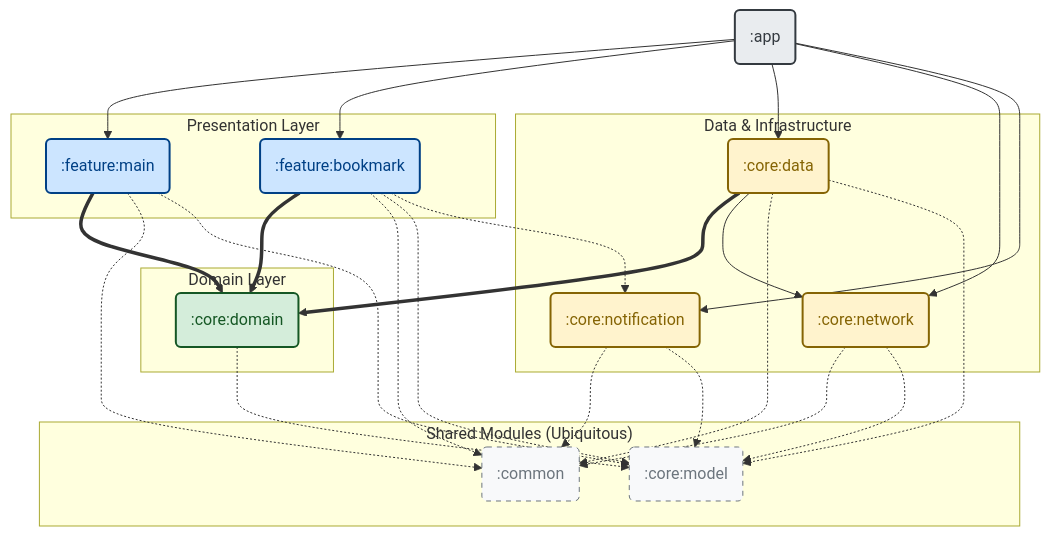
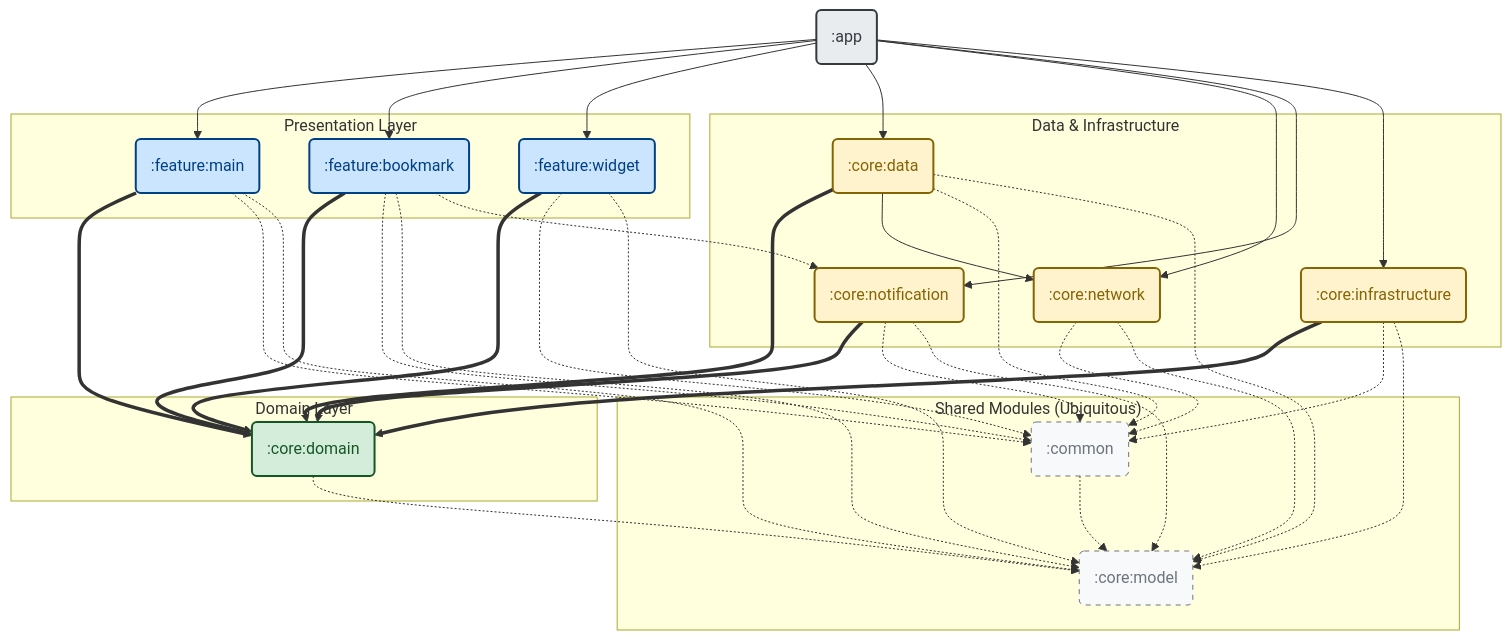
Before and after one commit to KNUTICE/KNUTICE-Android: the diagram in README-en.md, drawn with Mermaid. The commit also changed other lines of this file, not shown here.

````diff
--- a/README-en.md
+++ b/README-en.md
@@ -60,67 +60,77 @@
 ```mermaid
 graph TD
     %% --- Styling Definitions ---
     %% Green for Domain (The Heart)
     classDef domain fill:#d4edda,stroke:#155724,stroke-width:2px,color:#155724;
     %% Blue for Features
     classDef feature fill:#cce5ff,stroke:#004085,stroke-width:2px,color:#004085;
     %% Orange for Data/Network
     classDef data fill:#fff3cd,stroke:#856404,stroke-width:2px,color:#856404;
     %% Grey for Shared/Infrastructure (Low visual impact)
     classDef shared fill:#f8f9fa,stroke:#6c757d,stroke-width:1px,stroke-dasharray: 5 5,color:#6c757d;
     %% Standard App Root
     classDef app fill:#e9ecef,stroke:#343a40,stroke-width:2px,color:#343a40;
 
     %% --- Nodes ---
     App(":app"):::app
 
     subgraph Presentation ["Presentation Layer"]
         FeatMain(":feature:main"):::feature
         FeatBookmark(":feature:bookmark"):::feature
+        FeatWidget(":feature:widget"):::feature
     end
 
     subgraph Business ["Domain Layer"]
         %% The core is isolated
         Domain(":core:domain"):::domain
     end
     
     subgraph DataInfra ["Data & Infrastructure"]
         Data(":core:data"):::data
         Network(":core:network"):::data
         Notif(":core:notification"):::data
+        Infra(":core:infrastructure"):::data
     end
 
     subgraph SharedKernel ["Shared Modules (Ubiquitous)"]
         %% Placed at bottom to catch all downward arrows neatly
         Common(":common"):::shared
         Model(":core:model"):::shared
     end
 
     %% --- Critical Architecture Flows (Thick Lines) ---
-    %% These show the logic flow
+    %% These show the primary business logic and Dependency Inversion
     FeatMain ==> Domain
     FeatBookmark ==> Domain
+    FeatWidget ==> Domain
     Data ==> Domain
+    Notif ==> Domain
+    Infra ==> Domain
     
     %% --- Structural Wiring (Standard Lines) ---
     App --> FeatMain
     App --> FeatBookmark
+    App --> FeatWidget
     App --> Data
     App --> Network
     App --> Notif
+    App --> Infra
     
     %% Data internal wiring
     Data --> Network
     
     %% --- Shared Dependencies (Dotted/Subtle Lines) ---
     %% Using dotted lines prevents the 'Messy Web' effect
     FeatMain -.-> Common & Model
     FeatBookmark -.-> Common & Model
+    FeatWidget -.-> Common & Model
     Domain -.-> Model
     Data -.-> Common & Model
     Network -.-> Common & Model
     Notif -.-> Common & Model
+    Infra -.-> Common & Model
+    Common -.-> Model
     
     %% Specific Cross-Module Dependencies
     FeatBookmark -.-> Notif
 ```
````
